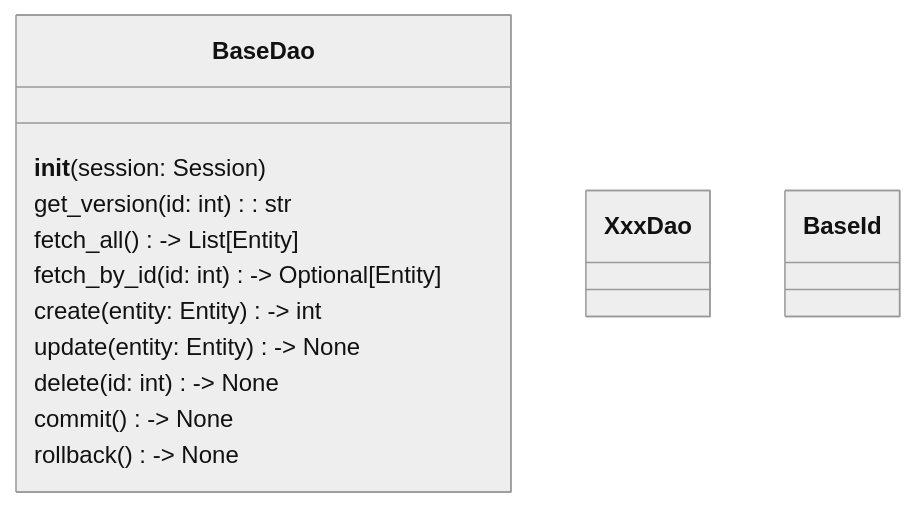
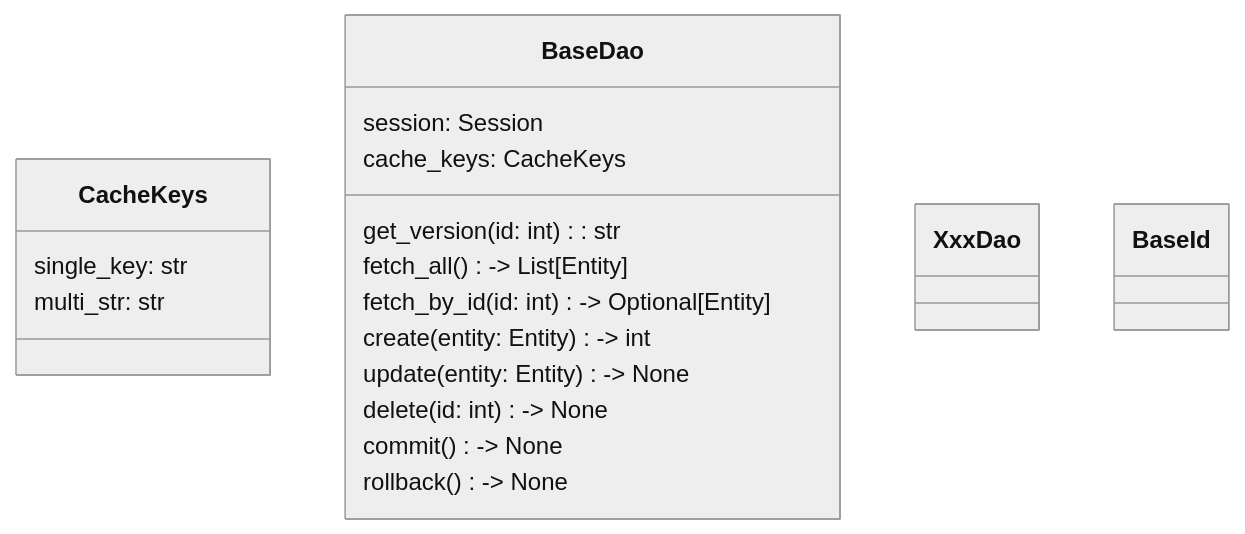
The diagram in docs/ja/api/dao.md (shuhei1101/allowance-questboard), drawn with Mermaid (neutral theme) before and after one commit.

Commit message:
dao.md を更新

````diff
--- a/docs/ja/api/dao.md
+++ b/docs/ja/api/dao.md
@@ -10,17 +10,24 @@
 ```mermaid
 classDiagram
+    class CacheKeys {
+      single_key: str
+      multi_str: str
+    }
+
     class BaseDao {
-      __init__(session: Session)
+      session: Session
+      cache_keys: CacheKeys
+
       get_version(id: int): str
       fetch_all() -> List[Entity]
       fetch_by_id(id: int) -> Optional[Entity]
       create(entity: Entity) -> int
       update(entity: Entity) -> None
       delete(id: int) -> None
       commit() -> None
       rollback() -> None
     }
 
     class XxxDao
     class BaseId
 ```
````
